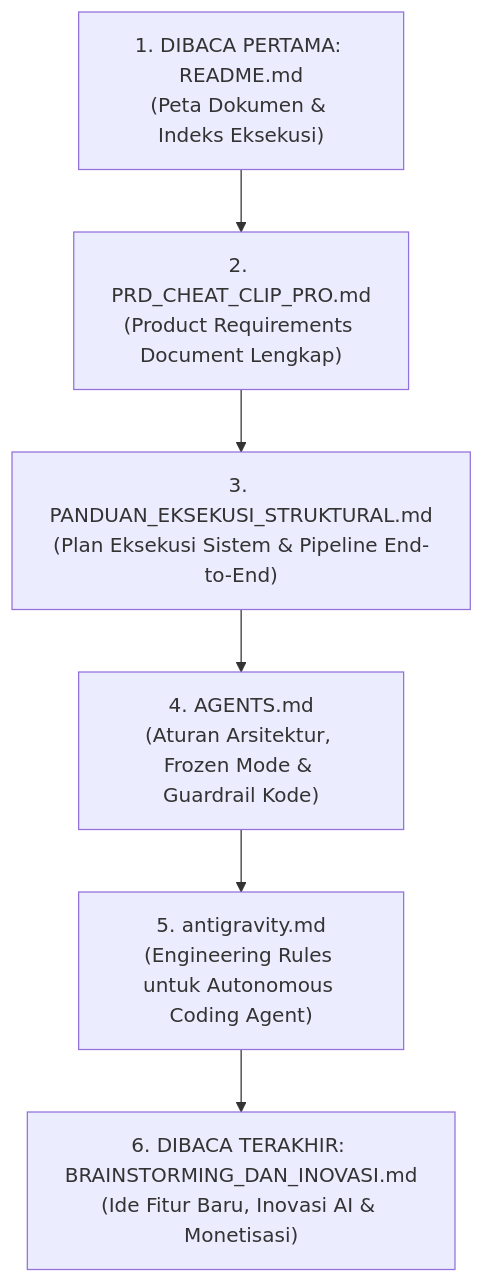
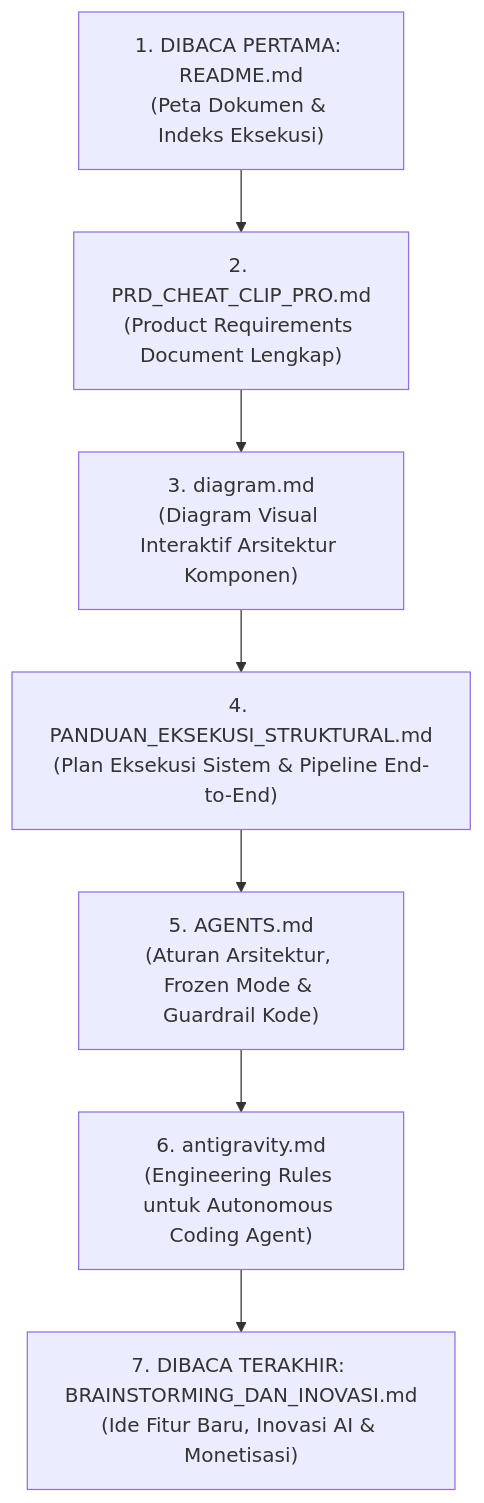
The diagram in dokumentasi/README.md (Bayunity-Brkhstd/clip), drawn with Mermaid before and after one commit. The commit also changed other lines of this file and 1 other file, not shown here.

Commit message:
docs: add interactive architecture diagram to documentation suite

````diff
--- a/dokumentasi/README.md
+++ b/dokumentasi/README.md
@@ -11,15 +11,17 @@
 ```mermaid
 flowchart TD
     step1["1. DIBACA PERTAMA: README.md<br/>(Peta Dokumen & Indeks Eksekusi)"]
     step2["2. PRD_CHEAT_CLIP_PRO.md<br/>(Product Requirements Document Lengkap)"]
-    step3["3. PANDUAN_EKSEKUSI_STRUKTURAL.md<br/>(Plan Eksekusi Sistem & Pipeline End-to-End)"]
-    step4["4. AGENTS.md<br/>(Aturan Arsitektur, Frozen Mode & Guardrail Kode)"]
-    step5["5. antigravity.md<br/>(Engineering Rules untuk Autonomous Coding Agent)"]
-    step6["6. DIBACA TERAKHIR: BRAINSTORMING_DAN_INOVASI.md<br/>(Ide Fitur Baru, Inovasi AI & Monetisasi)"]
+    step3["3. diagram.md<br/>(Diagram Visual Interaktif Arsitektur Komponen)"]
+    step4["4. PANDUAN_EKSEKUSI_STRUKTURAL.md<br/>(Plan Eksekusi Sistem & Pipeline End-to-End)"]
+    step5["5. AGENTS.md<br/>(Aturan Arsitektur, Frozen Mode & Guardrail Kode)"]
+    step6["6. antigravity.md<br/>(Engineering Rules untuk Autonomous Coding Agent)"]
+    step7["7. DIBACA TERAKHIR: BRAINSTORMING_DAN_INOVASI.md<br/>(Ide Fitur Baru, Inovasi AI & Monetisasi)"]
 
     step1 --> step2
     step2 --> step3
     step3 --> step4
     step4 --> step5
     step5 --> step6
+    step6 --> step7
 ```
````
